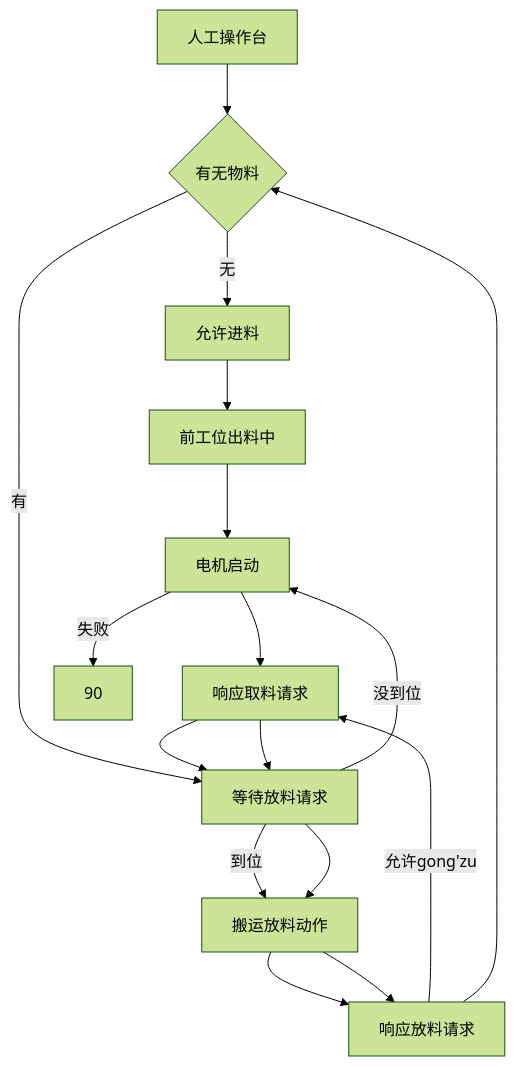
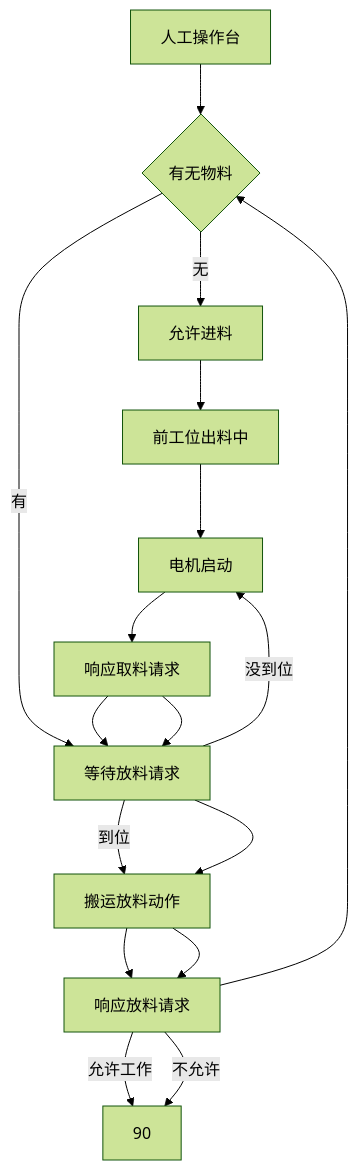
Before and after one commit to PengKun1/iodraw-files: the diagram in all/未命名-4.md, drawn with Mermaid (forest theme).

Commit message:
2024-12-20 14:49:01 update

````diff
--- a/all/未命名-4.md
+++ b/all/未命名-4.md
@@ -1,19 +1,19 @@
 ```mermaid
 graph TD
 0[人工操作台]-->10
 10{有无物料}-->|无|20
 10-->|有|60
 20[允许进料]-->30
 30[前工位出料中]-->40
 40[电机启动]-->50
 50[电机减速]-->60
 60{是否到位}-->|到位|70
 60-->|没到位|40
 70[复位信号]-->80
-80[读RFID]-->|允许gong'zu|50
-40-->|失败|90
+80[读RFID]-->|允许工作|90
+80-->|不允许|90
 50[响应取料请求]-->60
 60[等待放料请求]-->70
 70[搬运放料动作]-->80
 80[响应放料请求]-->10
 ```
````
